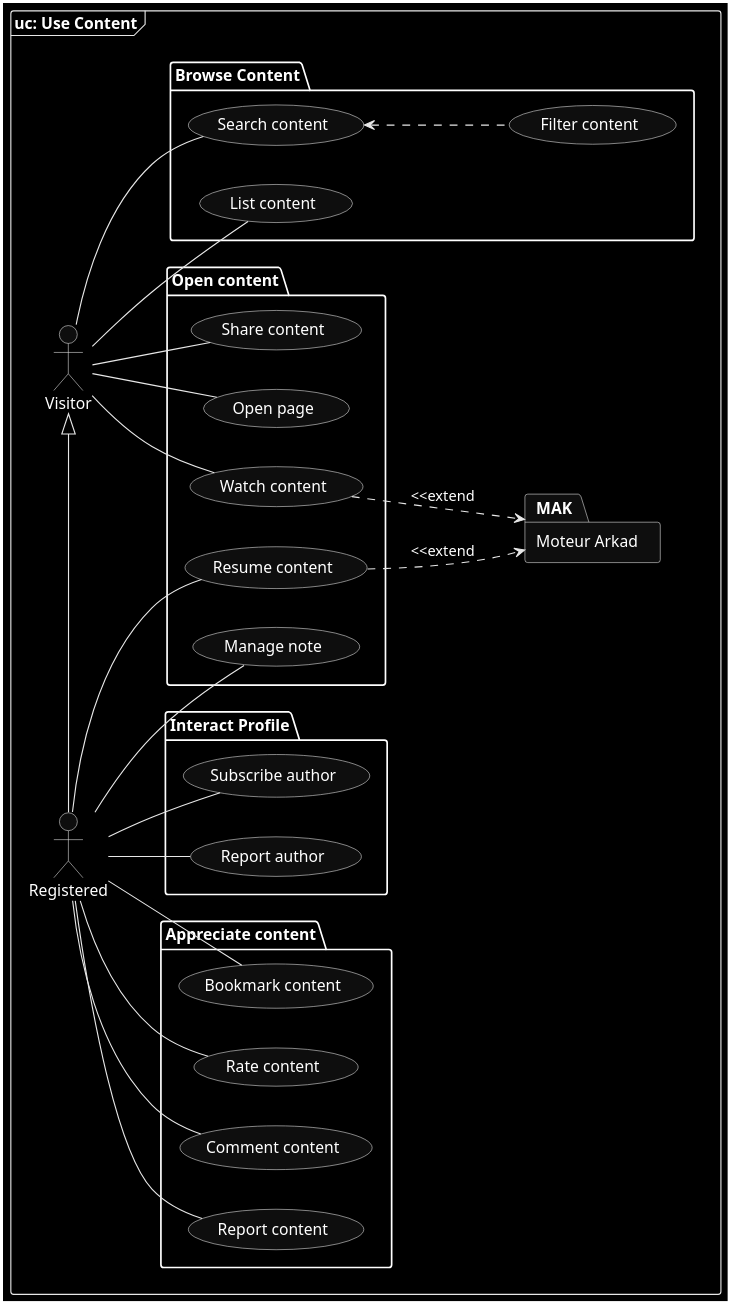
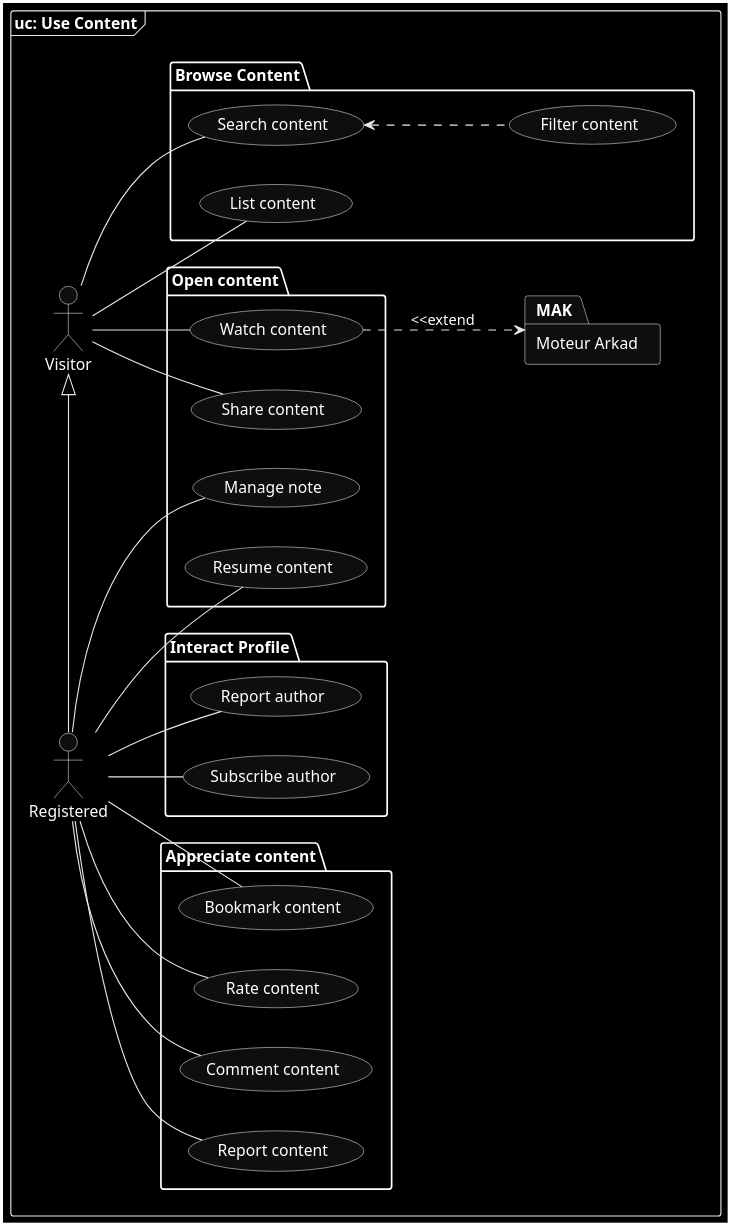
One commit to SSMM0498/arkad-conception changed the diagram in models/1.UseCase/usage/1.UseCase.puml. Above: the diagram before and after it, drawn with PlantUML. The commit also changed 7 other files, not shown here.

Commit message:
🌟 update use case diagram

```diff
--- a/models/1.UseCase/usage/1.UseCase.puml
+++ b/models/1.UseCase/usage/1.UseCase.puml
@@ -1,61 +1,58 @@
 @startuml UseCase
 left to right direction
 skinparam shadowing false
 skinparam monochrome reverse
 
 frame "uc: Use Content" {
     actor Visitor
     actor Registered
 
     Visitor <|-left- Registered
 
     package "Appreciate content" {
         (Report content)
         (Comment content)
         (Rate content)
         (Bookmark content)
     }
 
     package "Browse Content" {
         (List content)
         (Search content) <.down. (Filter content)
     }
 
     package "Open content" as OK {
         (Share content)
+        (Resume content)
         (Watch content)
         (Manage note)
-        (Resume content)
-        (Open page)
     }
 
     package "Moteur Arkad" as MAK {
     }
 
     (Watch content) .down.> MAK : <<extend
-    (Resume content) .down.> MAK : <<extend
 
     package "Interact Profile" {
         (Subscribe author)
         (Report author)
     }
 
     :Visitor: -down- (List content)
     :Visitor: -down- (Search content)
 
-    :Visitor: -down- (Watch content)
+    :Visitor: -down- (Share content)
     :Registered: -down- (Resume content)
+    :Registered: -down- (Manage note)
 
-    :Visitor: -down- (Open page)
     :Registered: -down- (Subscribe author)
     :Registered: -down- (Report author)
 
-    :Visitor: -down- (Share content)
+    :Visitor: -down- (Watch content)
     :Registered: -down- (Bookmark content)
-    :Registered: -down- (Manage note)
     :Registered: -down- (Report content)
     :Registered: -down- (Comment content)
     :Registered: -down- (Rate content)
 }
 
 @enduml
```
